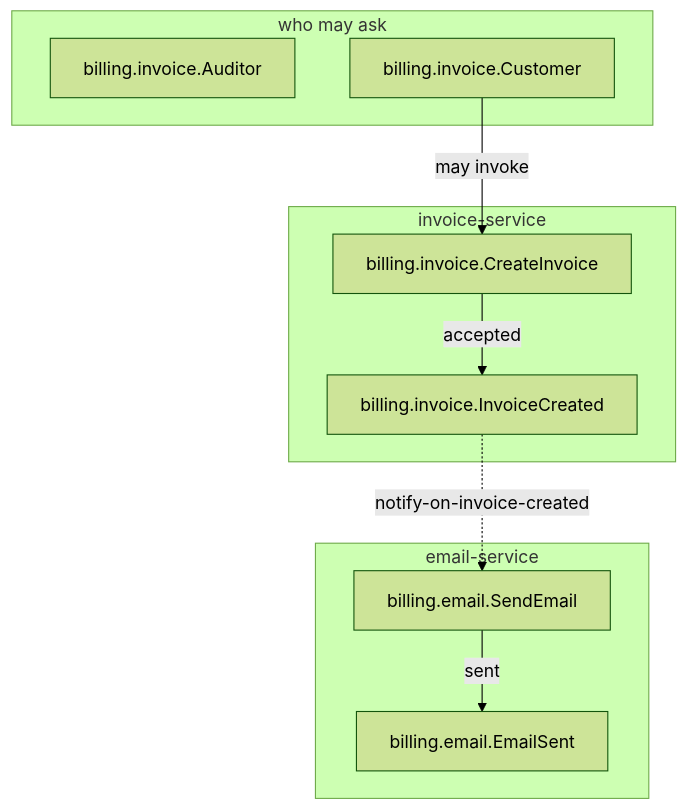
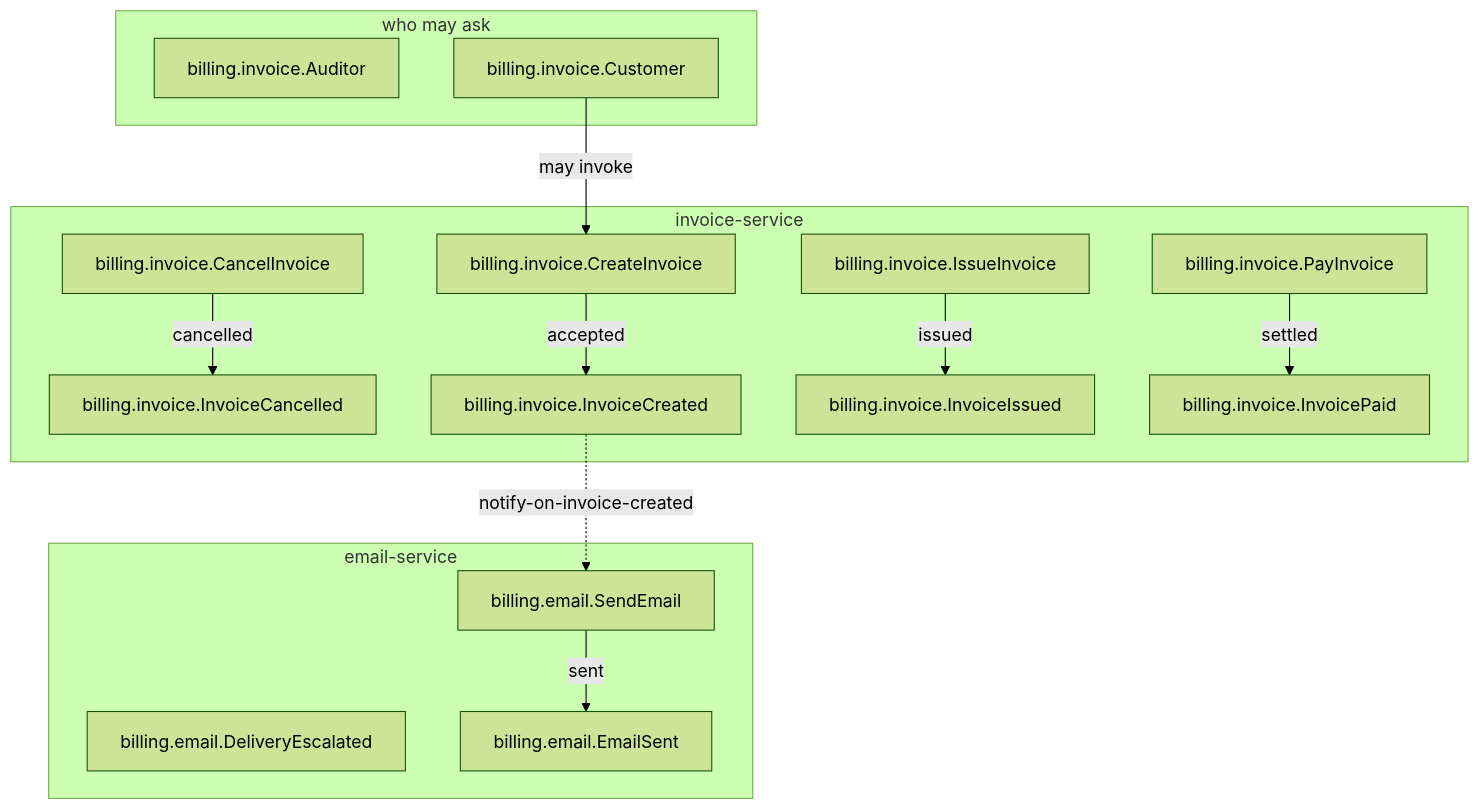
One commit to beyond10x/aep changed the diagram in generated/docs/README.md. Above: the diagram before and after it, drawn with Mermaid (forest theme). The commit also changed other lines of this file and 53 other files, not shown here.

````diff
--- a/generated/docs/README.md
+++ b/generated/docs/README.md
@@ -14,19 +14,29 @@
 ```mermaid
 flowchart TB
     subgraph who["who may ask"]
         who0["billing.invoice.Auditor"]
         who1["billing.invoice.Customer"]
     end
     subgraph unit0["email-service"]
         cmd0["billing.email.SendEmail"]
-        evt0["billing.email.EmailSent"]
+        evt0["billing.email.DeliveryEscalated"]
+        evt1["billing.email.EmailSent"]
     end
     subgraph unit1["invoice-service"]
-        cmd1["billing.invoice.CreateInvoice"]
-        evt1["billing.invoice.InvoiceCreated"]
+        cmd1["billing.invoice.CancelInvoice"]
+        cmd2["billing.invoice.CreateInvoice"]
+        cmd3["billing.invoice.IssueInvoice"]
+        cmd4["billing.invoice.PayInvoice"]
+        evt2["billing.invoice.InvoiceCancelled"]
+        evt3["billing.invoice.InvoiceCreated"]
+        evt4["billing.invoice.InvoiceIssued"]
+        evt5["billing.invoice.InvoicePaid"]
     end
-    who1 -->|"may invoke"| cmd1
-    cmd0 -->|"sent"| evt0
-    cmd1 -->|"accepted"| evt1
-    evt1 -.->|"notify-on-invoice-created"| cmd0
+    who1 -->|"may invoke"| cmd2
+    cmd0 -->|"sent"| evt1
+    cmd1 -->|"cancelled"| evt2
+    cmd2 -->|"accepted"| evt3
+    cmd3 -->|"issued"| evt4
+    cmd4 -->|"settled"| evt5
+    evt3 -.->|"notify-on-invoice-created"| cmd0
 ```
````
